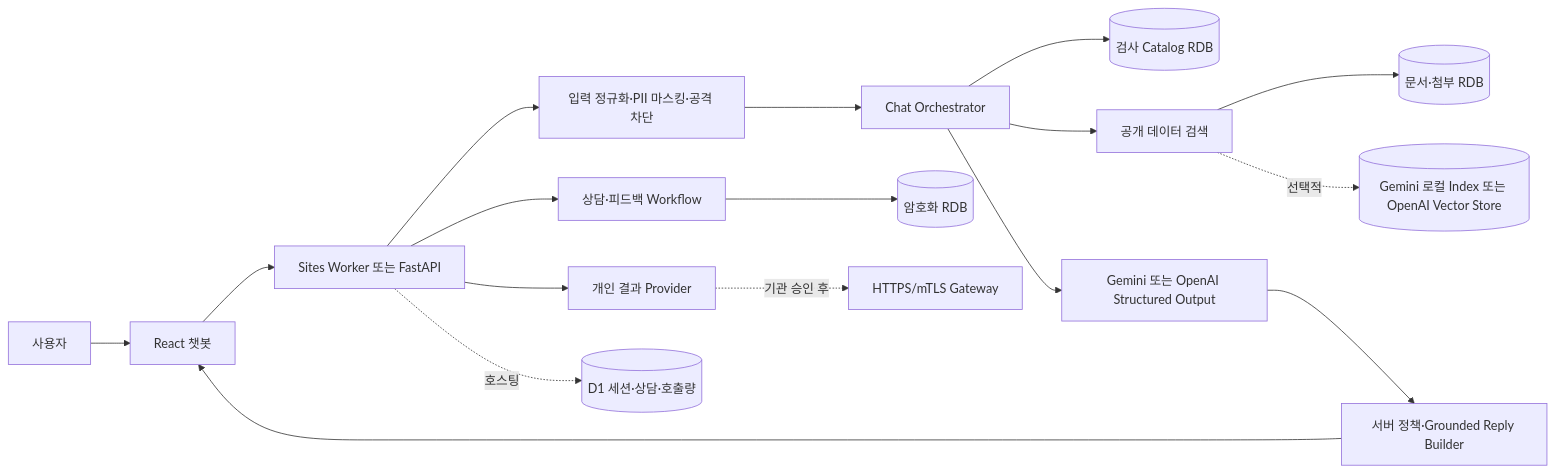
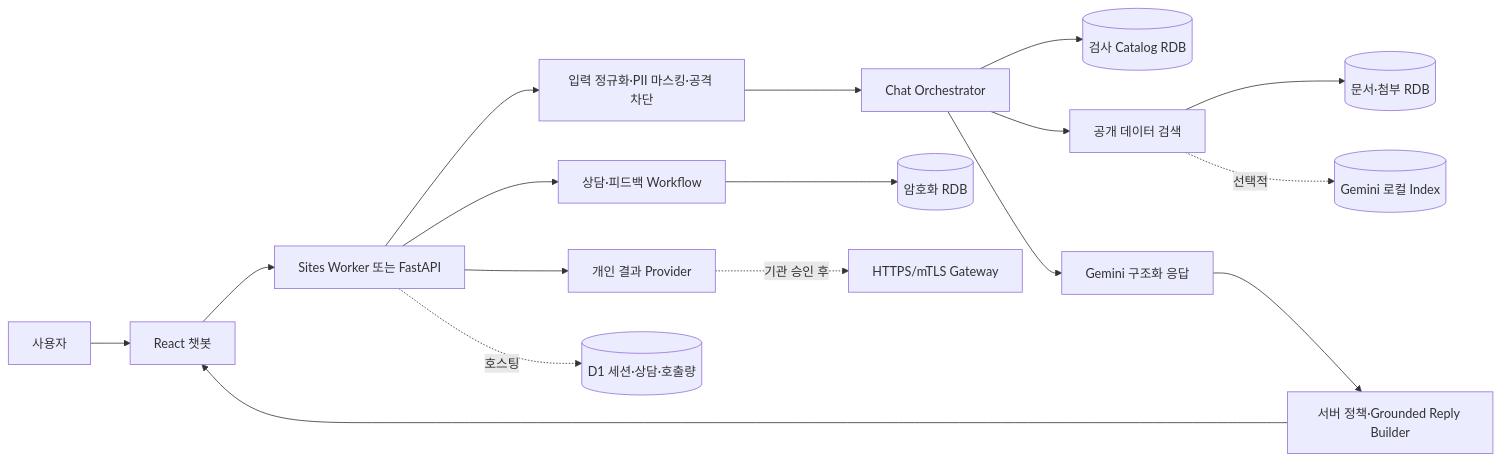
The diagram in docs/submission-interview-preparation.md (choichanwoo001/scl_chatbot), drawn with Mermaid before and after one commit. The commit also changed other lines of this file and 64 other files, not shown here.

````diff
--- a/docs/submission-interview-preparation.md
+++ b/docs/submission-interview-preparation.md
@@ -105,19 +105,19 @@
 ```mermaid
 flowchart LR
     U[사용자] --> F[React 챗봇]
     F --> A[Sites Worker 또는 FastAPI]
     A --> G[입력 정규화·PII 마스킹·공격 차단]
     G --> O[Chat Orchestrator]
     O --> C[(검사 Catalog RDB)]
     O --> P[공개 데이터 검색]
     P --> R[(문서·첨부 RDB)]
-    P -. 선택적 .-> V[(Gemini 로컬 Index 또는 OpenAI Vector Store)]
-    O --> M[Gemini 또는 OpenAI Structured Output]
+    P -. 선택적 .-> V[(Gemini 로컬 Index)]
+    O --> M[Gemini 구조화 응답]
     M --> B[서버 정책·Grounded Reply Builder]
     B --> F
     A --> W[상담·피드백 Workflow]
     W --> E[(암호화 RDB)]
     A --> X[개인 결과 Provider]
     X -. 기관 승인 후 .-> H[HTTPS/mTLS Gateway]
     A -. 호스팅 .-> D[(D1 세션·상담·호출량)]
 ```
````
